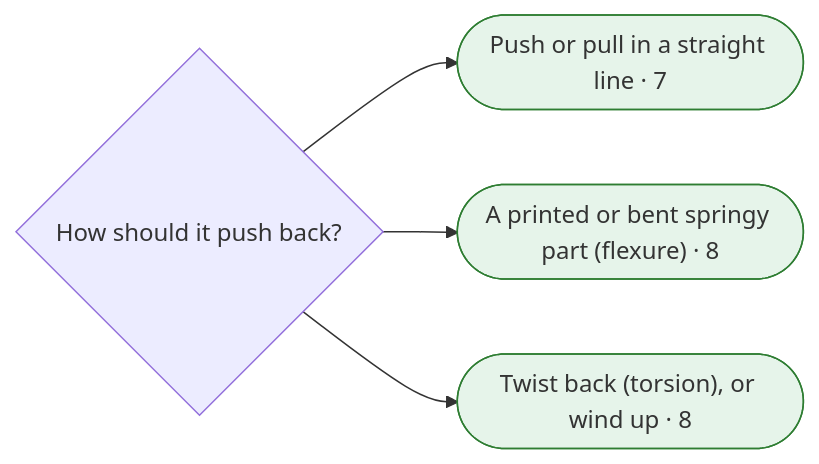
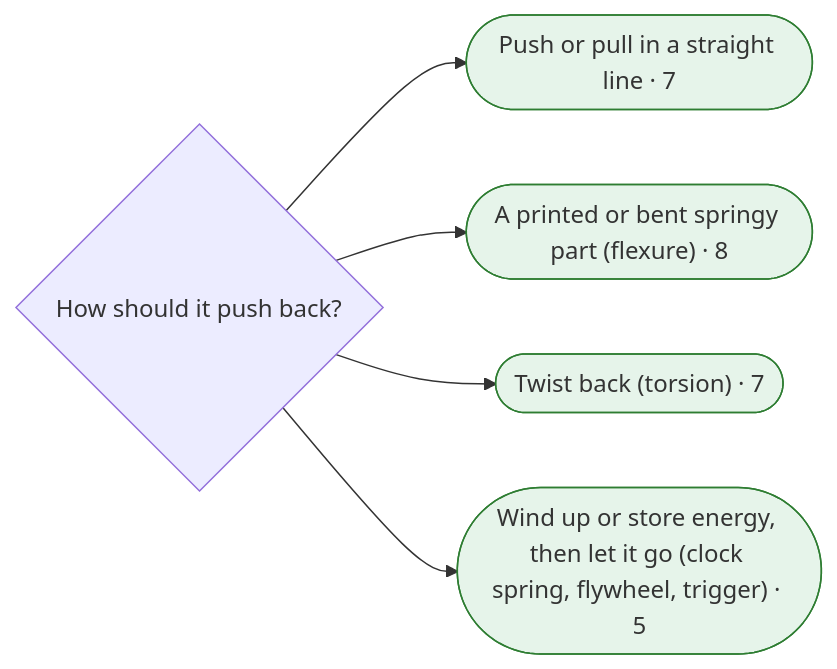
One commit to smileymcfrown/EncyclopediaOfConnections changed the ninth of 11 diagrams in research/finder-test/mermaid.md. Above: the diagram before and after it, drawn with Mermaid. The commit also changed other lines of this file and 420 other files, not shown here.

````diff
--- a/research/finder-test/mermaid.md
+++ b/research/finder-test/mermaid.md
@@ -823,15 +826,18 @@
 ```mermaid
 flowchart LR
-  q294{"How should it push back?"}
-  a295(["Push or pull in a straight line · 7"])
-  q294 --> a295
-  class a295 leaf
-  a296(["A printed or bent springy part (flexure) · 8"])
-  q294 --> a296
+  q295{"How should it push back?"}
+  a296(["Push or pull in a straight line · 7"])
+  q295 --> a296
   class a296 leaf
-  a297(["Twist back (torsion), or wind up · 8"])
-  q294 --> a297
+  a297(["A printed or bent springy part (flexure) · 8"])
+  q295 --> a297
   class a297 leaf
+  a298(["Twist back (torsion) · 7"])
+  q295 --> a298
+  class a298 leaf
+  a299(["Wind up or store energy, then let it go (clock spring, flywheel, trigger) · 5"])
+  q295 --> a299
+  class a299 leaf
   classDef leaf fill:#e6f4ea,stroke:#2e7d32
   classDef more fill:#fff4e5,stroke:#b26a00
 ```
````
